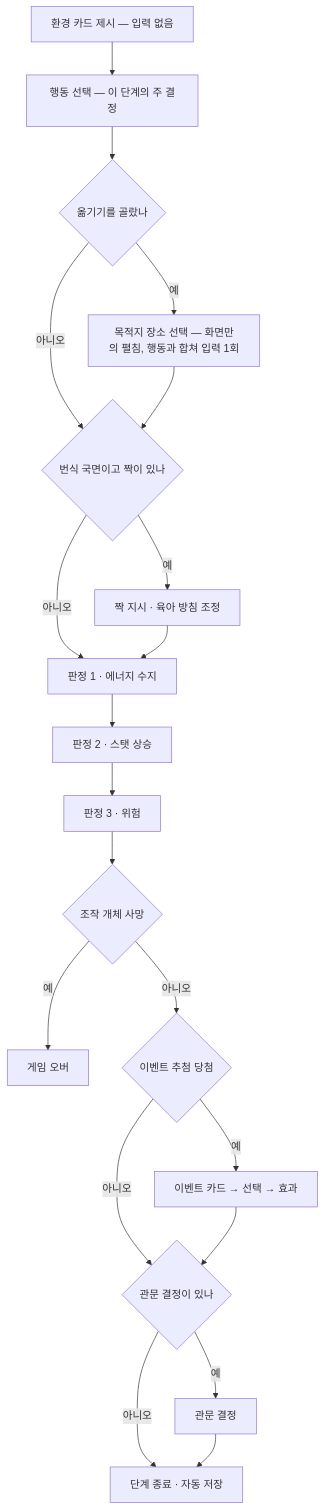
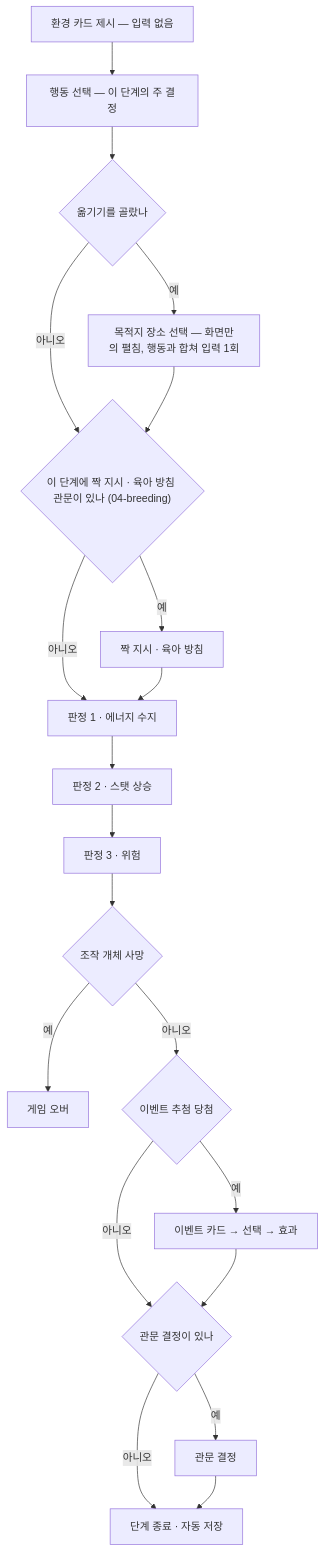
One commit to JJ1NNU/wildlife-of-bird changed the second of 2 diagrams in docs/design/specs/00-core-loop.md. Above: the diagram before and after it, drawn with Mermaid. The commit also changed other lines of this file and 6 other files, not shown here.

````diff
--- a/docs/design/specs/00-core-loop.md
+++ b/docs/design/specs/00-core-loop.md
@@ -83,22 +83,22 @@
 ```mermaid
 flowchart TD
     A["환경 카드 제시 — 입력 없음"] --> B["행동 선택 — 이 단계의 주 결정"]
     B --> C{"옮기기를 골랐나"}
     C -- 예 --> D["목적지 장소 선택 — 화면만의 펼침, 행동과 합쳐 입력 1회"]
-    C -- 아니오 --> E{"번식 국면이고 짝이 있나"}
+    C -- 아니오 --> E{"이 단계에 짝 지시 · 육아 방침 관문이 있나 (04-breeding)"}
     D --> E
-    E -- 예 --> F["짝 지시 · 육아 방침 조정"]
+    E -- 예 --> F["짝 지시 · 육아 방침"]
     E -- 아니오 --> G["판정 1 · 에너지 수지"]
     F --> G
     G --> H["판정 2 · 스탯 상승"]
     H --> I["판정 3 · 위험"]
     I --> J{"조작 개체 사망"}
     J -- 예 --> Z["게임 오버"]
     J -- 아니오 --> K{"이벤트 추첨 당첨"}
     K -- 예 --> L["이벤트 카드 → 선택 → 효과"]
     K -- 아니오 --> M{"관문 결정이 있나"}
     L --> M
     M -- 예 --> N["관문 결정"]
     M -- 아니오 --> O["단계 종료 · 자동 저장"]
     N --> O
 ```
````
